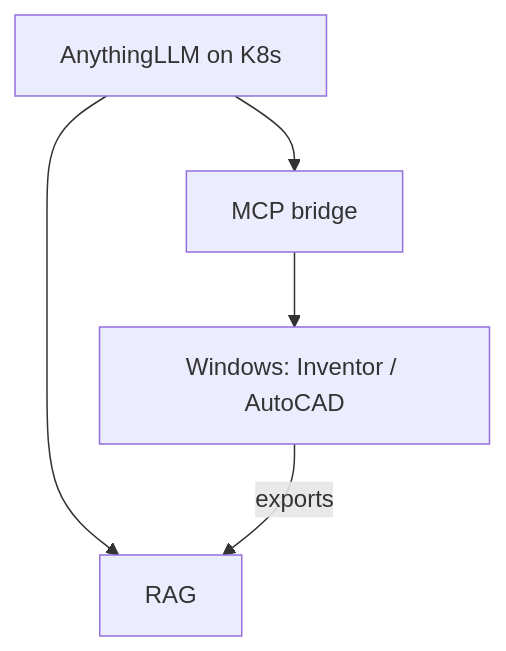
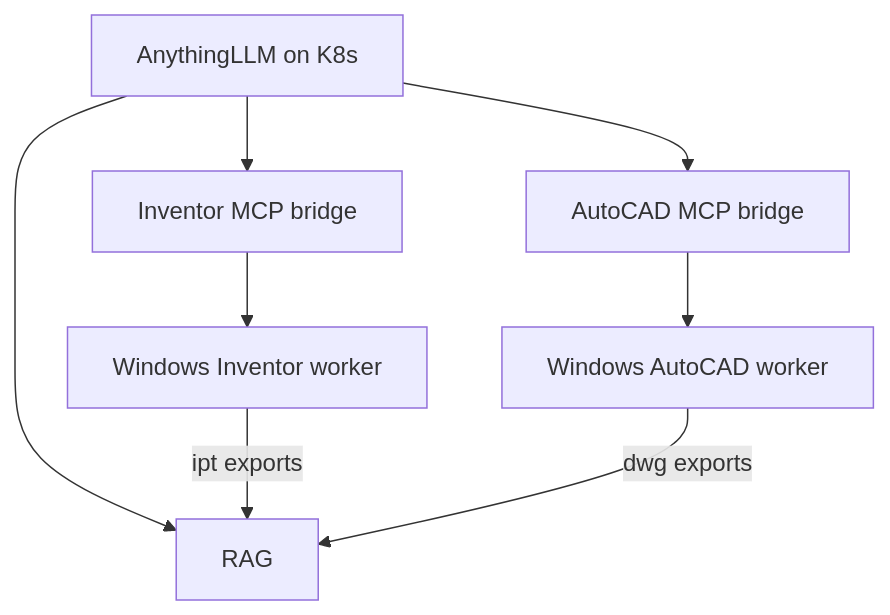
Before and after one commit to cameronhumdev/Autodesk-MCP: the third of 3 diagrams in PLAN.md, drawn with Mermaid. The commit also changed other lines of this file and 71 other files, not shown here.

First line of the commit message:
Ship CAD tracks, Windows client agent, and jp-demo cloud compose.

````diff
--- a/PLAN.md
+++ b/PLAN.md
@@ -86,7 +95,10 @@
 ```mermaid
 flowchart TD
   A[AnythingLLM on K8s] --> R[RAG]
-  A --> B[MCP bridge]
-  B --> W[Windows: Inventor / AutoCAD]
-  W -->|exports| R
+  A --> BI[Inventor MCP bridge]
+  A --> BA[AutoCAD MCP bridge]
+  BI --> WI[Windows Inventor worker]
+  BA --> WA[Windows AutoCAD worker]
+  WI -->|ipt exports| R
+  WA -->|dwg exports| R
 ```
````
